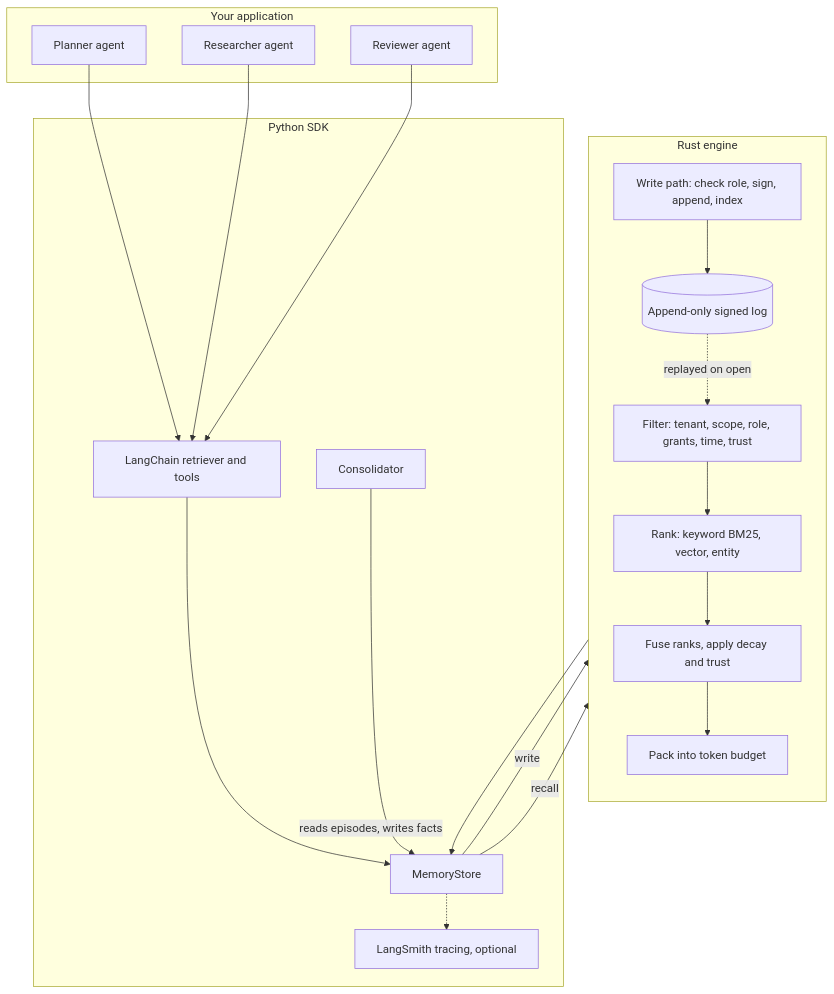
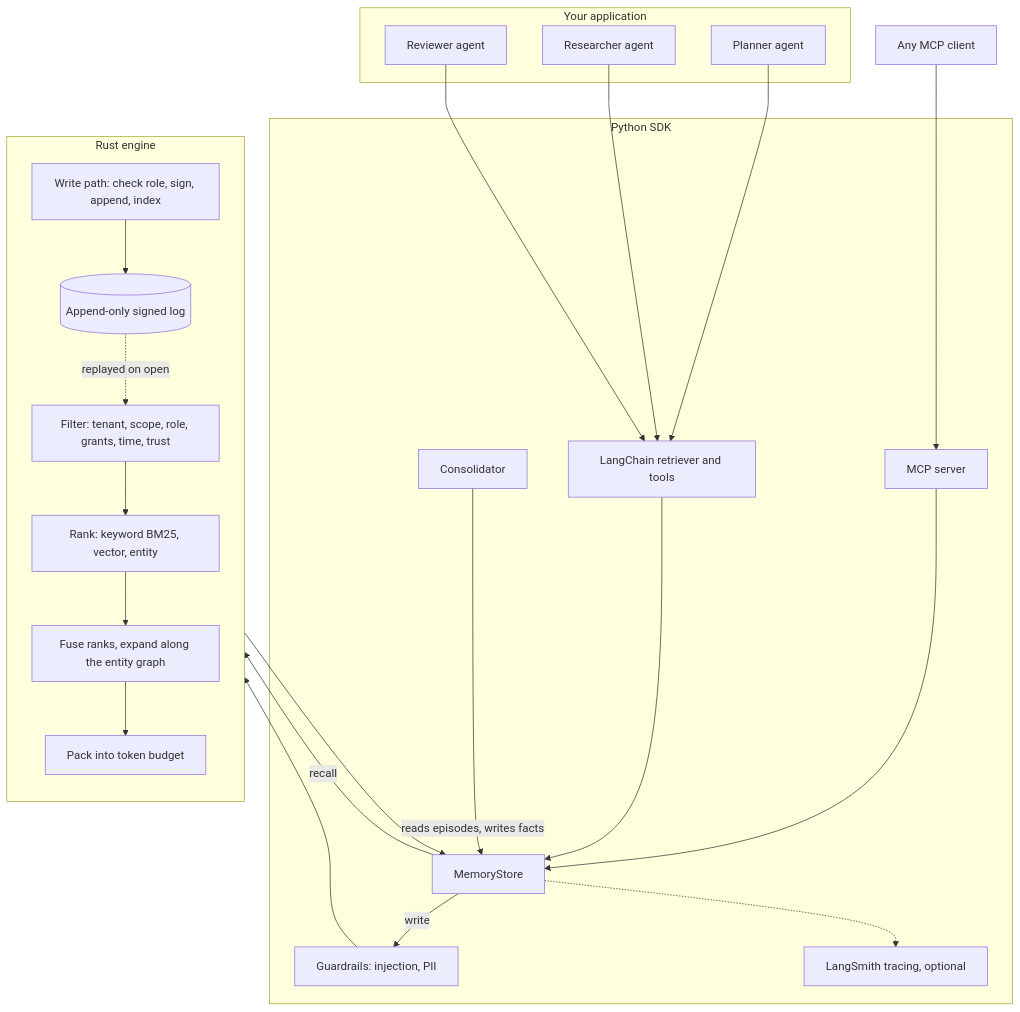
One commit to shakehasan/mnemosoma changed the first of 5 diagrams in README.md. Above: the diagram before and after it, drawn with Mermaid. The commit also changed other lines of this file and 13 other files, not shown here.

````diff
--- a/README.md
+++ b/README.md
@@ -93,32 +125,35 @@
 ```mermaid
 flowchart TB
     subgraph APP["Your application"]
         A1["Planner agent"]
         A2["Researcher agent"]
         A3["Reviewer agent"]
     end
 
     subgraph PY["Python SDK"]
         LC["LangChain retriever and tools"]
+        MCP["MCP server"]
         SDK["MemoryStore"]
+        GU["Guardrails: injection, PII"]
         CON["Consolidator"]
         TR["LangSmith tracing, optional"]
     end
 
     subgraph RS["Rust engine"]
         direction TB
         W["Write path: check role, sign, append, index"]
         LOG[("Append-only signed log")]
         F["Filter: tenant, scope, role, grants, time, trust"]
         R["Rank: keyword BM25, vector, entity"]
-        FU["Fuse ranks, apply decay and trust"]
+        FU["Fuse ranks, expand along the entity graph"]
         B["Pack into token budget"]
     end
 
+    EXT["Any MCP client"] --> MCP --> SDK
     A1 & A2 & A3 --> LC --> SDK
-    SDK -- "write" --> W --> LOG
+    SDK -- "write" --> GU --> W --> LOG
     SDK -- "recall" --> F --> R --> FU --> B --> SDK
     LOG -. "replayed on open" .-> F
     CON -- "reads episodes, writes facts" --> SDK
     SDK -.-> TR
 ```
````
